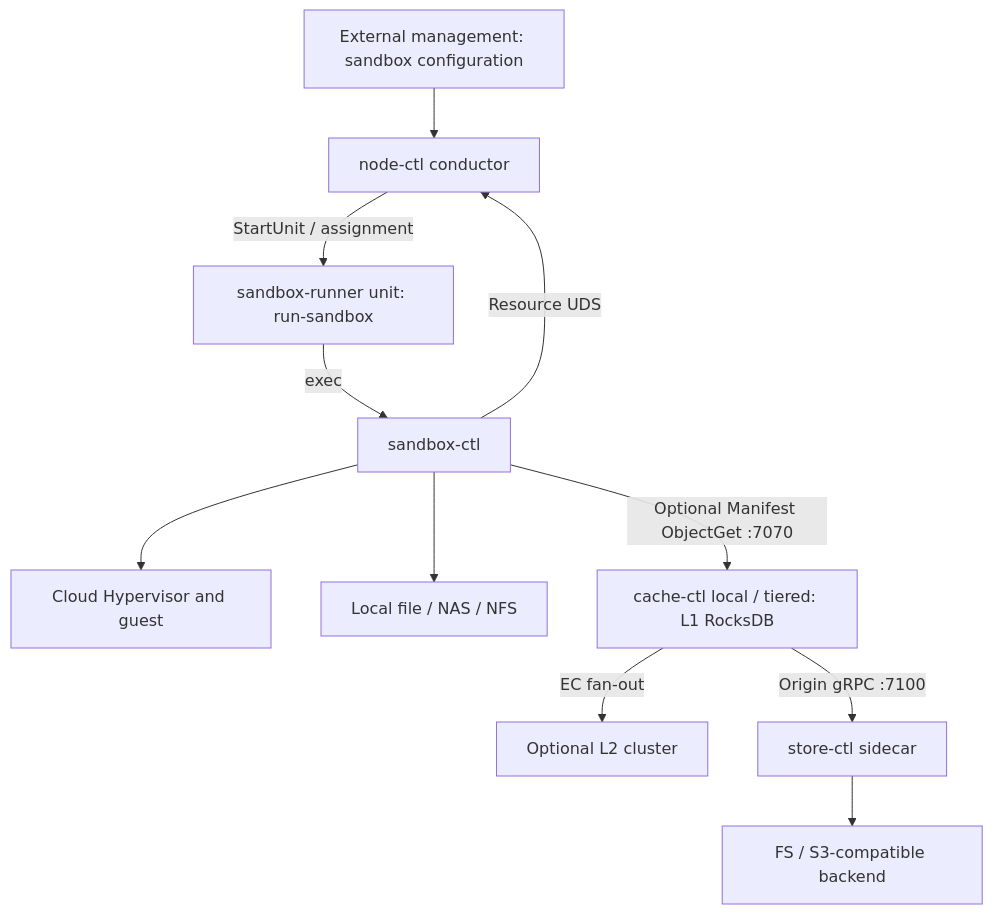
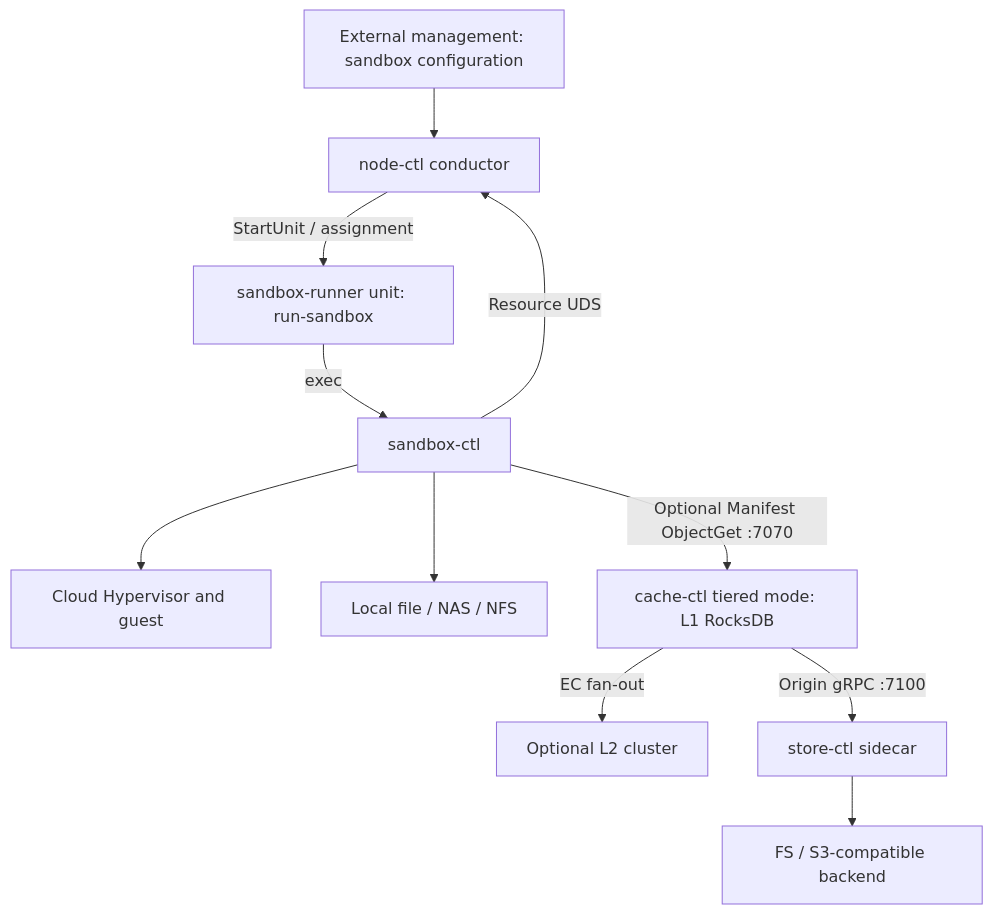
Before and after one commit to kuasar-sandbox/kuasar-sandbox: the second of 4 diagrams in docs/deployment.md, drawn with Mermaid. The commit also changed other lines of this file and 1 other file, not shown here.

Commit message:
docs: correct deployment cache modes and proxy requirements

````diff
--- a/docs/deployment.md
+++ b/docs/deployment.md
@@ -245,13 +249,13 @@
 ```mermaid
 flowchart TD
   M["External management: sandbox configuration"] --> N["node-ctl conductor"]
   N -->|"StartUnit / assignment"| U["sandbox-runner unit: run-sandbox"]
   U -->|"exec"| S["sandbox-ctl"]
   S --> H["Cloud Hypervisor and guest"]
   S -->|"Resource UDS"| N
   S --> F["Local file / NAS / NFS"]
-  S -->|"Optional Manifest ObjectGet :7070"| C["cache-ctl local / tiered: L1 RocksDB"]
+  S -->|"Optional Manifest ObjectGet :7070"| C["cache-ctl tiered mode: L1 RocksDB"]
   C -->|"EC fan-out"| L["Optional L2 cluster"]
   C -->|"Origin gRPC :7100"| O["store-ctl sidecar"]
   O --> B["FS / S3-compatible backend"]
 ```
````
